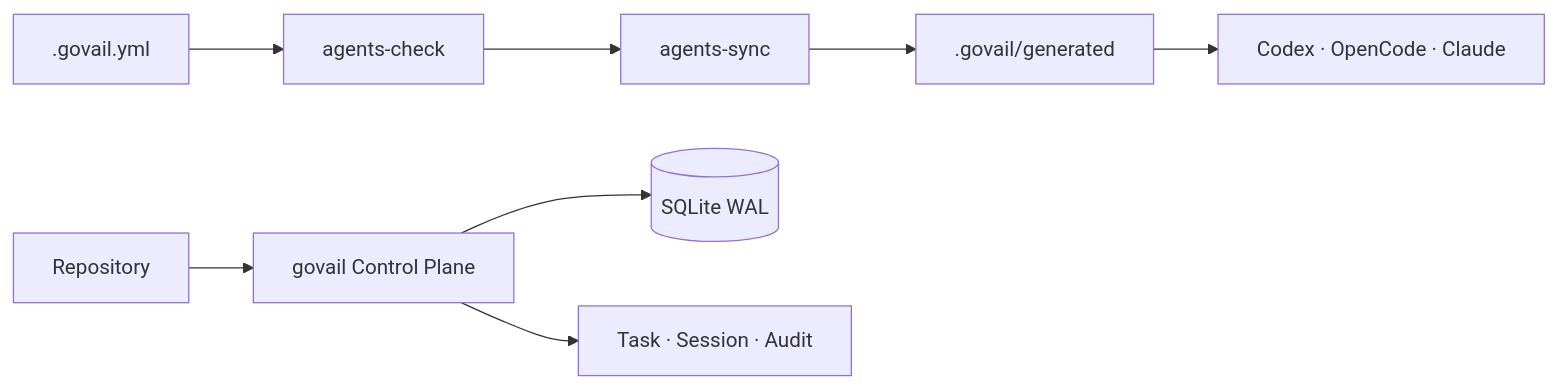
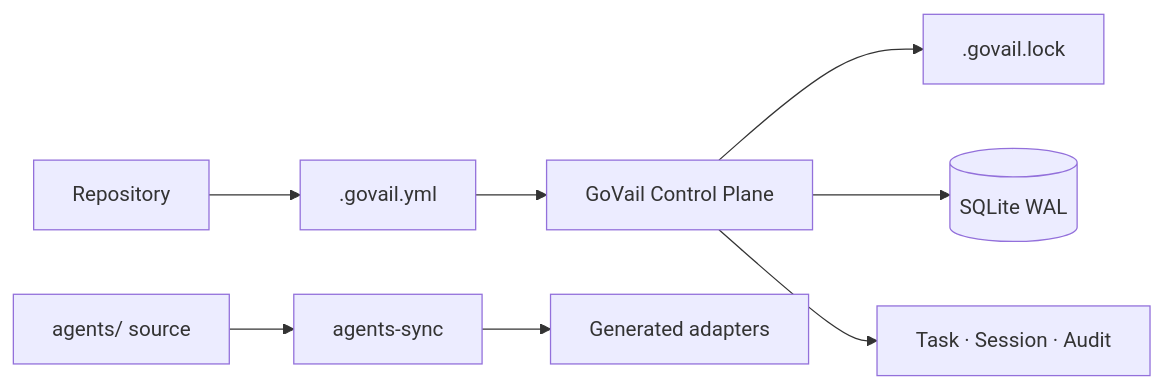
One commit to devcy0922/devcy0922.github.io changed the first of 2 diagrams in docs/projects/govail-control.md. Above: the diagram before and after it, drawn with Mermaid. The commit also changed other lines of this file and 32 other files, not shown here.

````diff
--- a/docs/projects/govail-control.md
+++ b/docs/projects/govail-control.md
@@ -12,10 +22,10 @@
 ```mermaid
 flowchart LR
-    Manifest[.govail.yml] --> Check[agents-check]
-    Check --> Sync[agents-sync]
-    Sync --> Generated[.govail/generated]
-    Generated --> Adapters[Codex · OpenCode · Claude]
-    Repo[Repository] --> Control[govail Control Plane]
+    Repo[Repository] --> Manifest[.govail.yml]
+    Manifest --> Control[GoVail Control Plane]
+    Agents[agents/ source] --> Sync[agents-sync]
+    Control --> Lock[.govail.lock]
     Control --> State[(SQLite WAL)]
-    Control --> Session[Task · Session · Audit]
+    Control --> Audit[Task · Session · Audit]
+    Sync --> Generated[Generated adapters]
 ```
````
